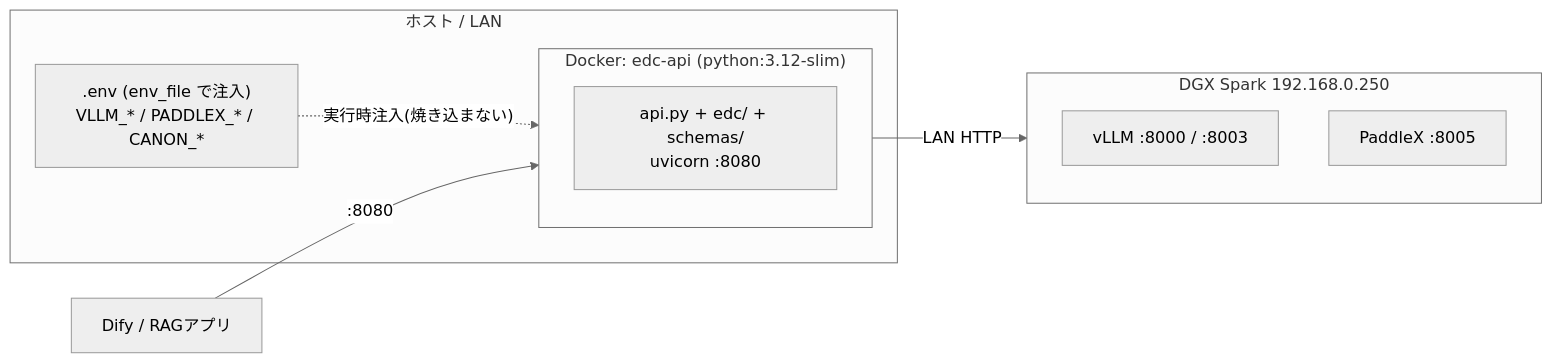
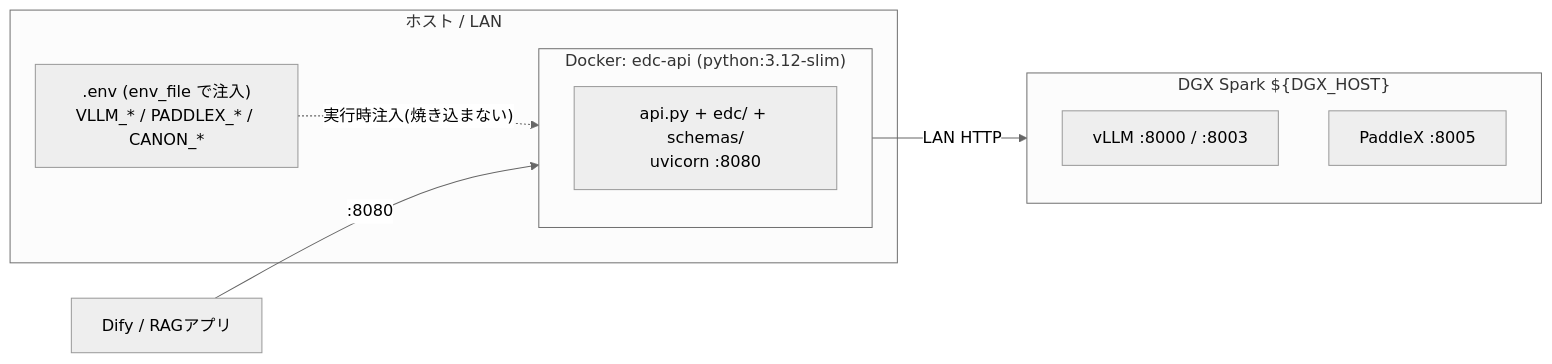
The eighth of 9 diagrams in docs/DESIGN.md (uchi736/EDC), drawn with Mermaid (neutral theme) before and after one commit. The commit also changed other lines of this file and 2 other files, not shown here.

Commit message:
docs: DESIGN.html(mermaid描画版)追加 + 内部IPをプレースホルダ化
- docs/DESIGN.html: DESIGN.md を marked + mermaid(CDN) でブラウザ描画する
  自己完結ビューア(同ディレクトリのDESIGN.mdを単一情報源にfetch)。
- 公開リポジトリの内部トポロジ露出対策として 192.168.0.250 を ${DGX_HOST} に置換
  (DESIGN.md / docker-compose.yml)。実値は .env(gitignore) のみで管理。

````diff
--- a/docs/DESIGN.md
+++ b/docs/DESIGN.md
@@ -262,16 +262,16 @@
 ```mermaid
 flowchart LR
   subgraph Host["ホスト / LAN"]
     subgraph C["Docker: edc-api (python:3.12-slim)"]
       A["api.py + edc/ + schemas/<br/>uvicorn :8080"]
     end
     Env[".env (env_file で注入)<br/>VLLM_* / PADDLEX_* / CANON_*"]
   end
-  subgraph DGX["DGX Spark 192.168.0.250"]
+  subgraph DGX["DGX Spark ${DGX_HOST}"]
     S1["vLLM :8000 / :8003"]
     S2["PaddleX :8005"]
   end
   Env -. "実行時注入(焼き込まない)" .-> C
   C -->|"LAN HTTP"| DGX
   Client["Dify / RAGアプリ"] -->|":8080"| C
 ```
````
